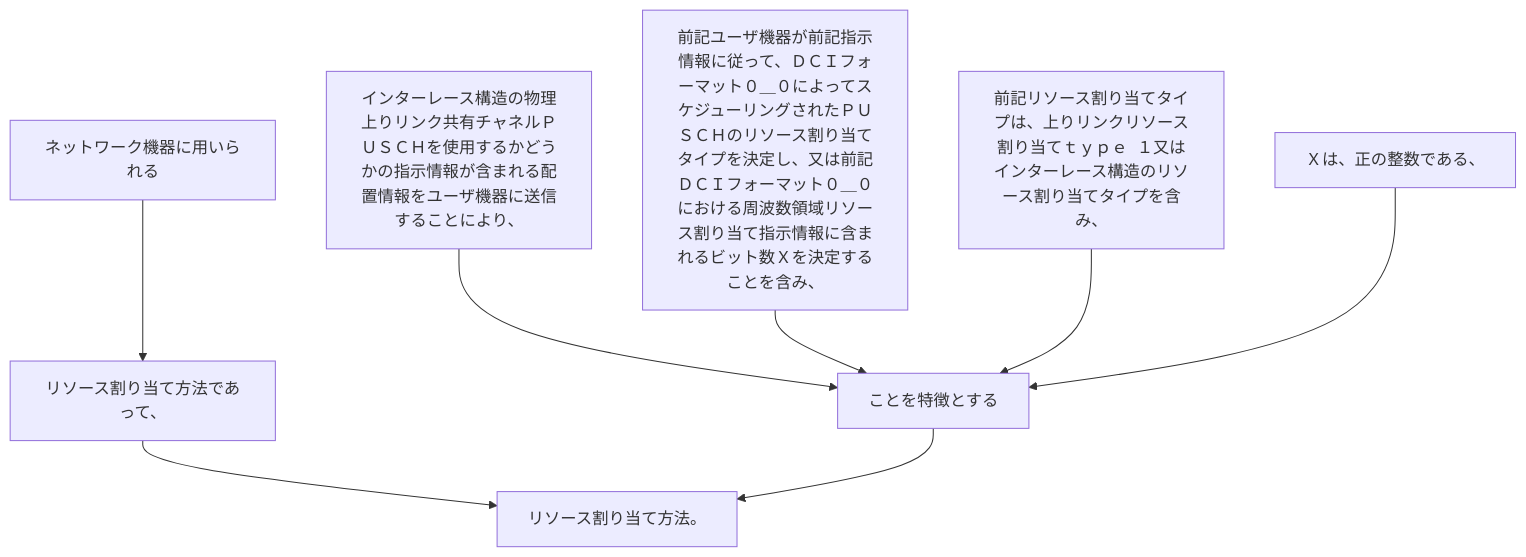
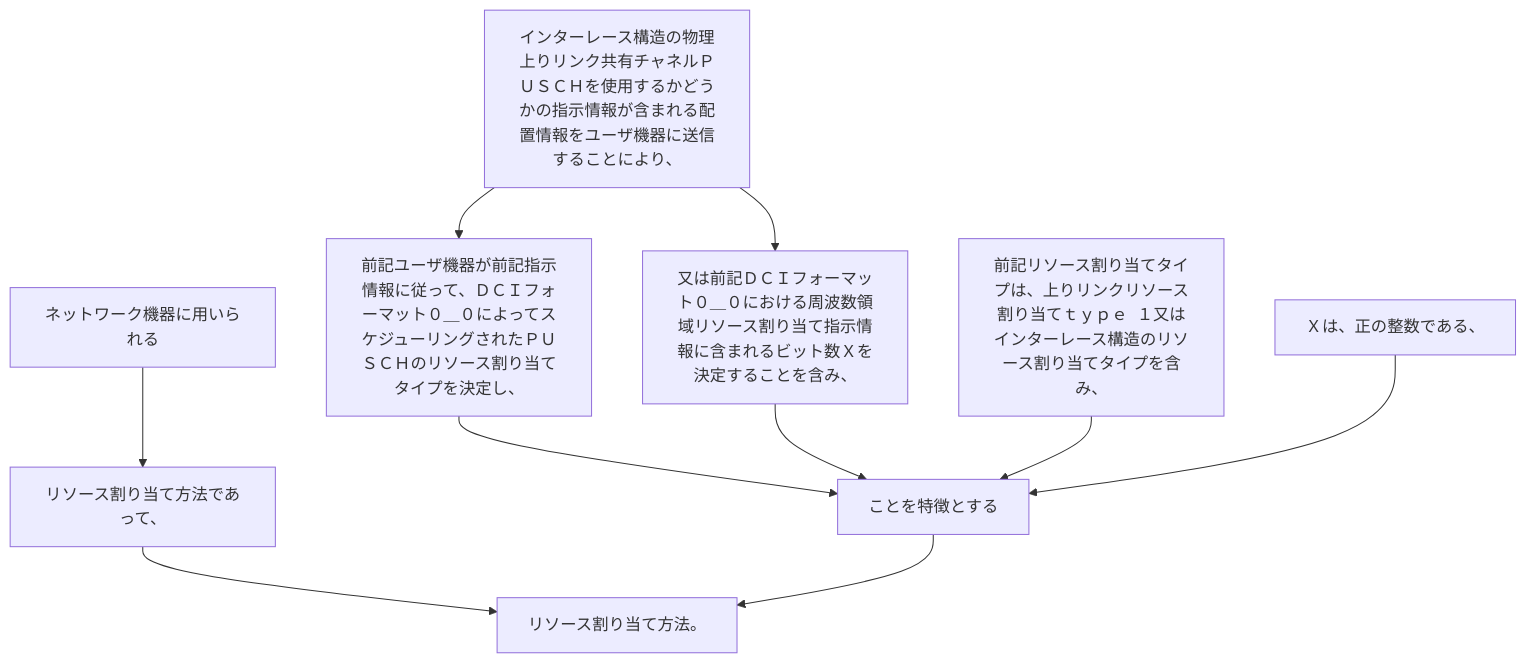
Before and after one commit to shinmori55/patent_analyzed: the diagram in 2024/JP2024029186A/claim_14/README.md, drawn with Mermaid. The commit also changed 336 other files, not shown here.

````diff
--- a/2024/JP2024029186A/claim_14/README.md
+++ b/2024/JP2024029186A/claim_14/README.md
@@ -3,18 +3,21 @@
 ```mermaid
 flowchart TD
 A[ネットワーク機器に用いられる]
 B[リソース割り当て方法であって、]
 C[インターレース構造の物理上りリンク共有チャネルＰＵＳＣＨを使用するかどうかの指示情報が含まれる配置情報をユーザ機器に送信することにより、]
-D[前記ユーザ機器が前記指示情報に従って、ＤＣＩフォーマット０＿０によってスケジューリングされたＰＵＳＣＨのリソース割り当てタイプを決定し、又は前記ＤＣＩフォーマット０＿０における周波数領域リソース割り当て指示情報に含まれるビット数Ｘを決定することを含み、]
-E[前記リソース割り当てタイプは、上りリンクリソース割り当てｔｙｐｅ  １又はインターレース構造のリソース割り当てタイプを含み、]
-F[Ｘは、正の整数である、]
-G[ことを特徴とする]
-H[リソース割り当て方法。]
+D[前記ユーザ機器が前記指示情報に従って、ＤＣＩフォーマット０＿０によってスケジューリングされたＰＵＳＣＨのリソース割り当てタイプを決定し、]
+E[又は前記ＤＣＩフォーマット０＿０における周波数領域リソース割り当て指示情報に含まれるビット数Ｘを決定することを含み、]
+F[前記リソース割り当てタイプは、上りリンクリソース割り当てｔｙｐｅ  １又はインターレース構造のリソース割り当てタイプを含み、]
+G[Ｘは、正の整数である、]
+H[ことを特徴とする]
+I[リソース割り当て方法。]
 A --> B
-B --> H
-C --> G
-D --> G
-E --> G
-F --> G
+B --> I
+C --> D
+C --> E
+D --> H
+E --> H
+F --> H
 G --> H
+H --> I
 ```
````
